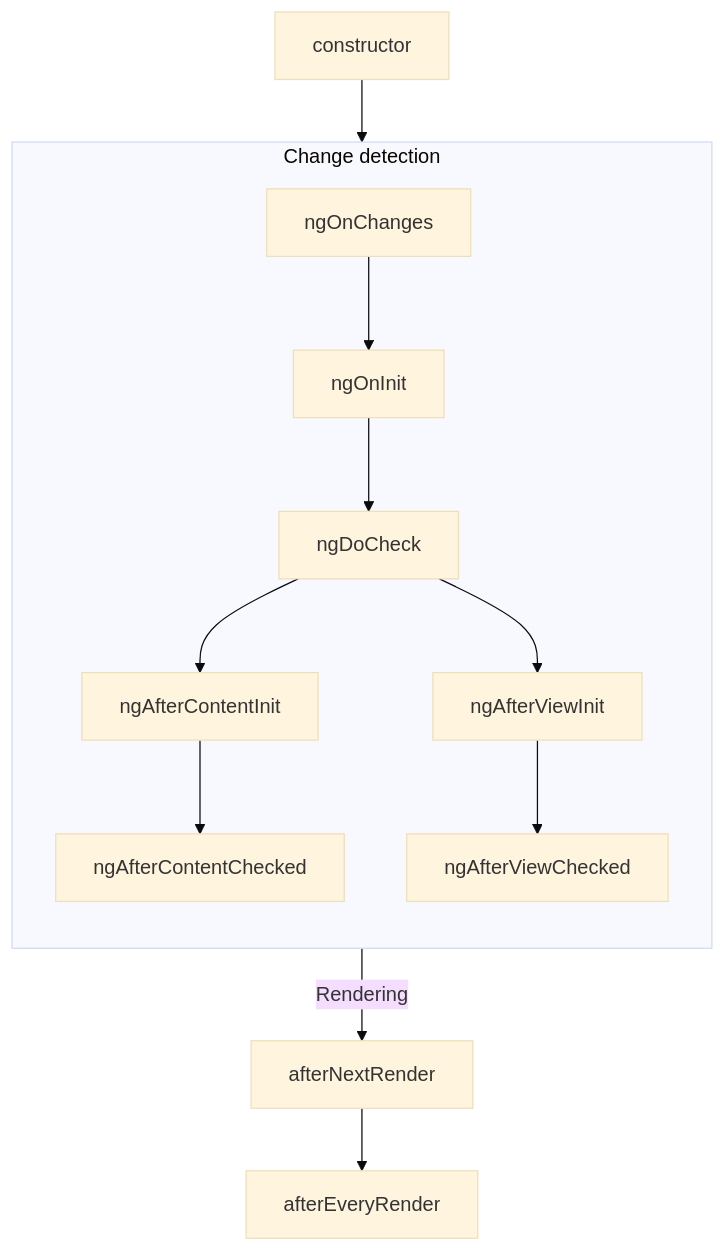
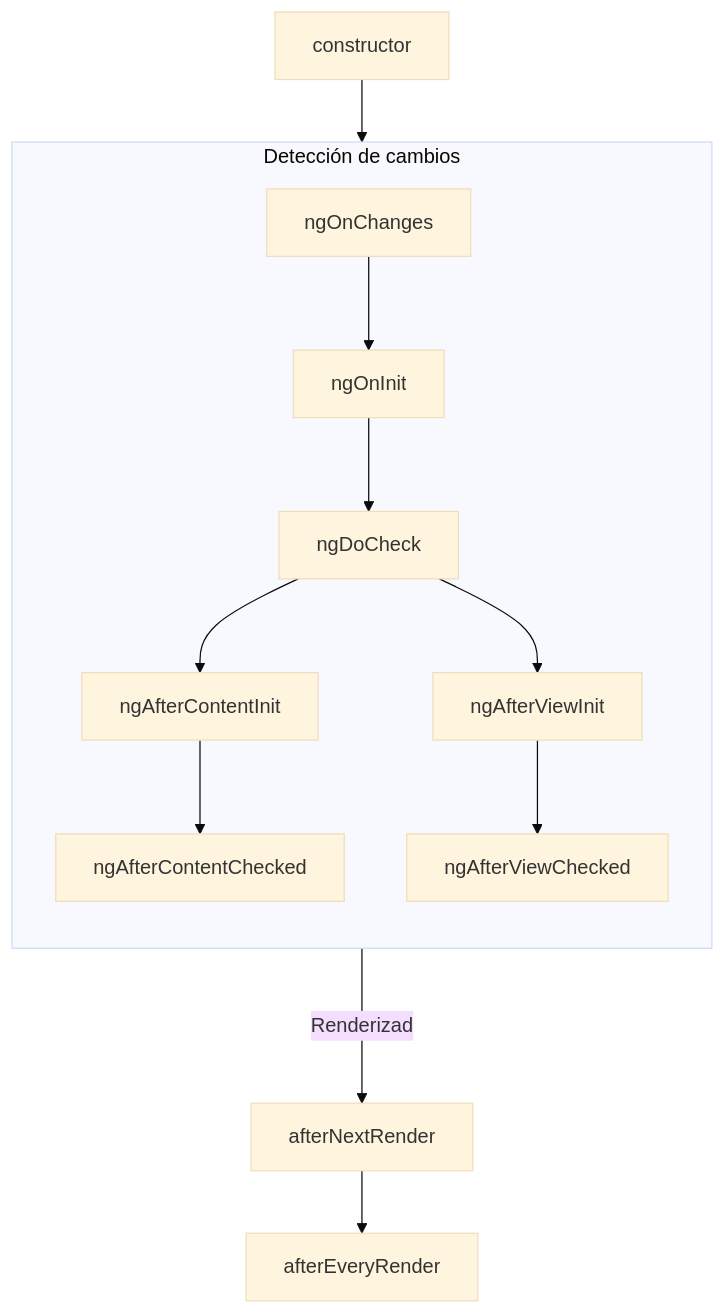
Before and after one commit to angular-hispano/angular-docs-es: the first of 2 diagrams in adev-es/src/content/guide/components/lifecycle.md, drawn with Mermaid (base theme). The commit also changed other lines of this file and 27 other files, not shown here.

````diff
--- a/adev-es/src/content/guide/components/lifecycle.md
+++ b/adev-es/src/content/guide/components/lifecycle.md
@@ -325,14 +325,14 @@
 ```mermaid
 graph TD;
 id[constructor]-->CHANGE;
-subgraph CHANGE [Change detection]
+subgraph CHANGE [Detección de cambios]
 direction TB
 ngOnChanges-->ngOnInit;
 ngOnInit-->ngDoCheck;
 ngDoCheck-->ngAfterContentInit;
 ngDoCheck-->ngAfterViewInit
 ngAfterContentInit-->ngAfterContentChecked
 ngAfterViewInit-->ngAfterViewChecked
 end
-CHANGE--Rendering-->afterNextRender-->afterEveryRender
+CHANGE--Renderizado-->afterNextRender-->afterEveryRender
 ```
````
